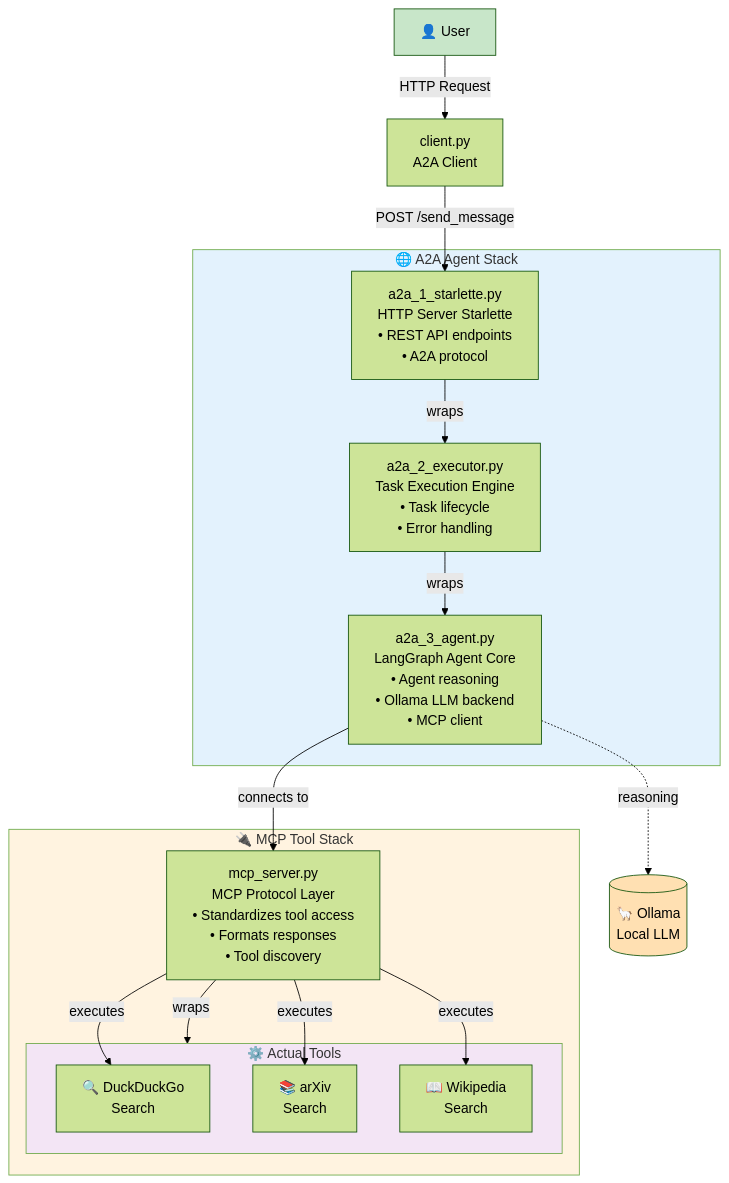
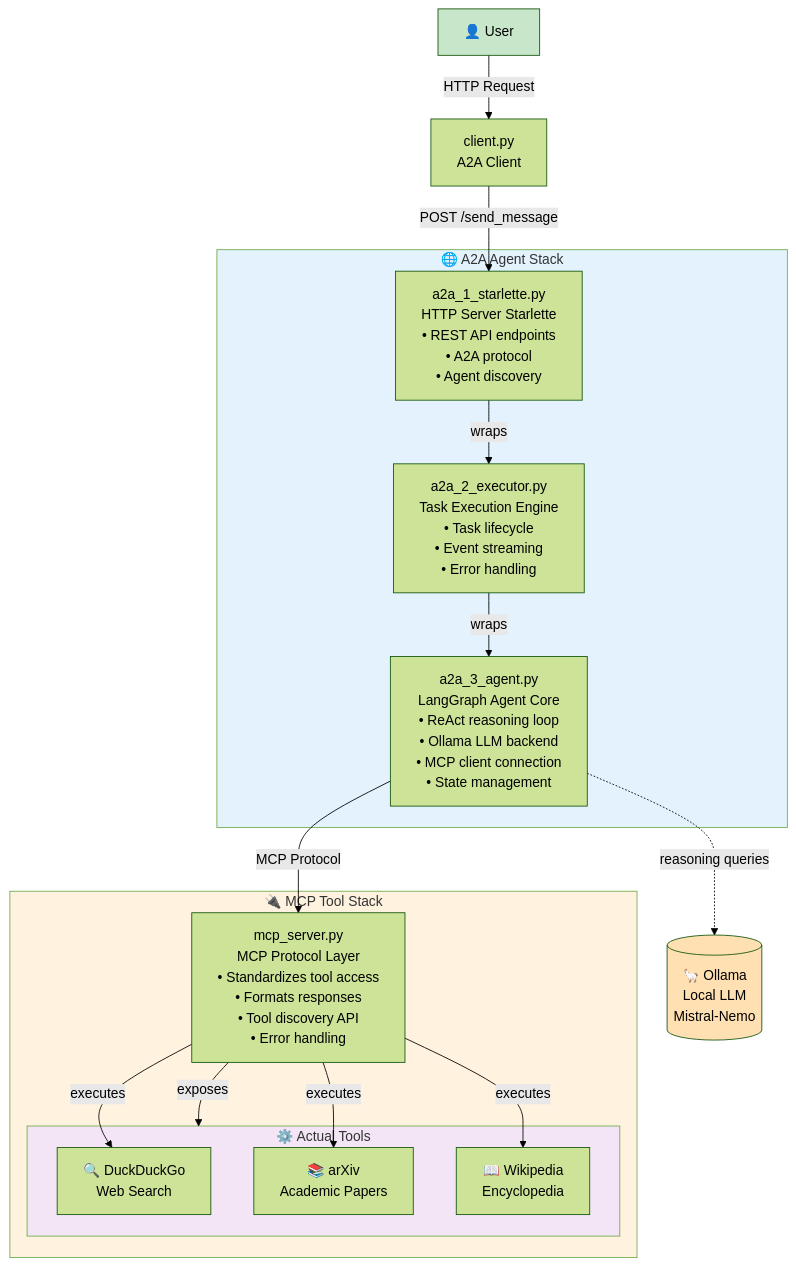
The third of 3 diagrams in blog.md (JuanMaParraU/a2a-mcp-langgraph-agent-local), drawn with Mermaid (forest theme) before and after one commit. The commit also changed other lines of this file and 1 other file, not shown here.

````diff
--- a/blog.md
+++ b/blog.md
@@ -210,40 +467,40 @@
 ```mermaid
 graph TB
     User[👤 User]
     Client[client.py<br/>A2A Client]
     
     subgraph A2A_Stack["🌐 A2A Agent Stack"]
-        Starlette[a2a_1_starlette.py<br/>HTTP Server Starlette<br/>• REST API endpoints<br/>• A2A protocol]
-        Executor[a2a_2_executor.py<br/>Task Execution Engine<br/>• Task lifecycle<br/>• Error handling]
-        Agent[a2a_3_agent.py<br/>LangGraph Agent Core<br/>• Agent reasoning<br/>• Ollama LLM backend<br/>• MCP client]
+        Starlette[a2a_1_starlette.py<br/>HTTP Server Starlette<br/>• REST API endpoints<br/>• A2A protocol<br/>• Agent discovery]
+        Executor[a2a_2_executor.py<br/>Task Execution Engine<br/>• Task lifecycle<br/>• Event streaming<br/>• Error handling]
+        Agent[a2a_3_agent.py<br/>LangGraph Agent Core<br/>• ReAct reasoning loop<br/>• Ollama LLM backend<br/>• MCP client connection<br/>• State management]
     end
     
     subgraph MCP_Stack["🔌 MCP Tool Stack"]
-        MCP[mcp_server.py<br/>MCP Protocol Layer<br/>• Standardizes tool access<br/>• Formats responses<br/>• Tool discovery]
+        MCP[mcp_server.py<br/>MCP Protocol Layer<br/>• Standardizes tool access<br/>• Formats responses<br/>• Tool discovery API<br/>• Error handling]
         
         subgraph Tools["⚙️ Actual Tools"]
-            DDG[🔍 DuckDuckGo<br/>Search]
-            ArXiv[📚 arXiv<br/>Search]
-            Wiki[📖 Wikipedia<br/>Search]
+            DDG[🔍 DuckDuckGo<br/>Web Search]
+            ArXiv[📚 arXiv<br/>Academic Papers]
+            Wiki[📖 Wikipedia<br/>Encyclopedia]
         end
     end
     
-    Ollama[(🦙 Ollama<br/>Local LLM)]
+    Ollama[(🦙 Ollama<br/>Local LLM<br/>Mistral-Nemo)]
     
     User -->|HTTP Request| Client
     Client -->|POST /send_message| Starlette
     Starlette -->|wraps| Executor
     Executor -->|wraps| Agent
-    Agent -->|connects to| MCP
-    Agent -.->|reasoning| Ollama
-    MCP -->|wraps| Tools
+    Agent -->|MCP Protocol| MCP
+    Agent -.->|reasoning queries| Ollama
+    MCP -->|exposes| Tools
     MCP -->|executes| DDG
     MCP -->|executes| ArXiv
     MCP -->|executes| Wiki
     
     style A2A_Stack fill:#e3f2fd
     style MCP_Stack fill:#fff3e0
     style Tools fill:#f3e5f5
     style User fill:#c8e6c9
     style Ollama fill:#ffe0b2
 ```
````
